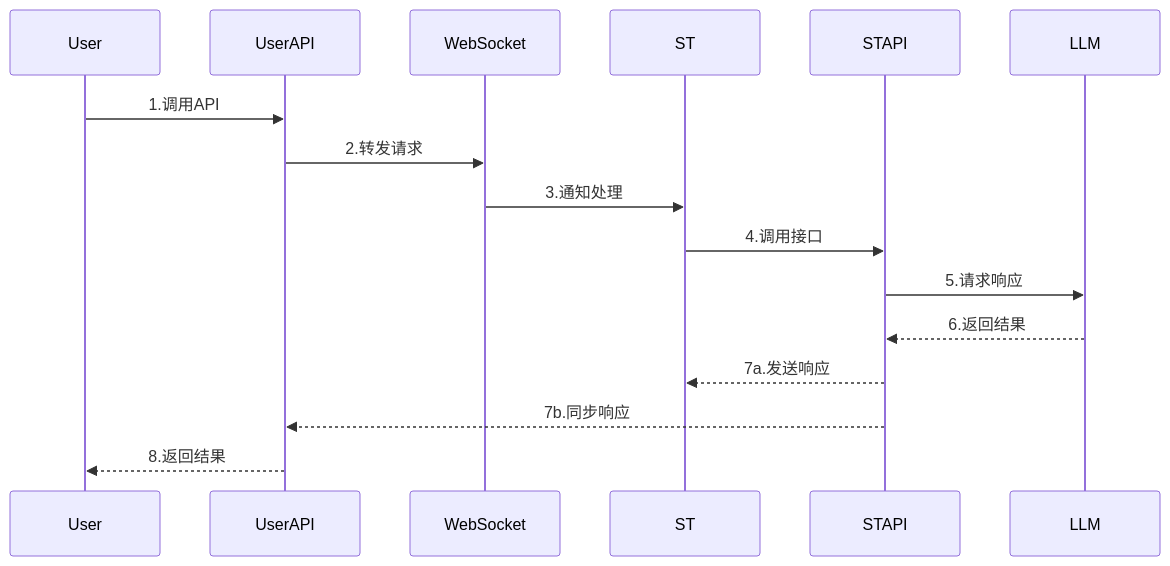
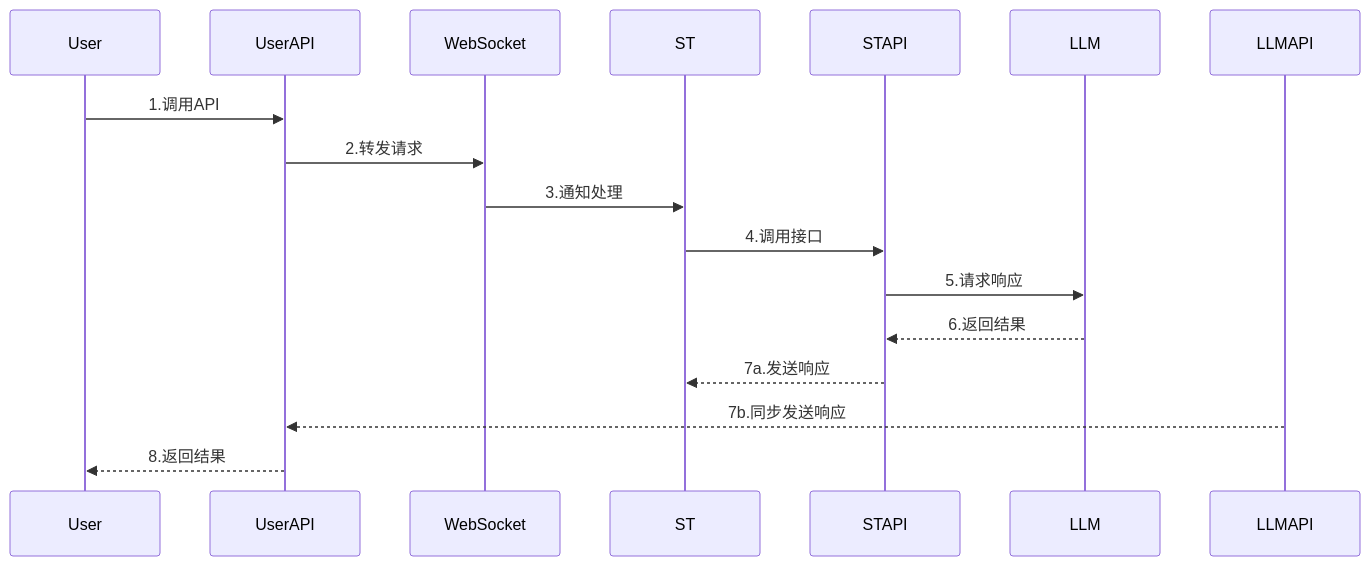
The diagram in README.md (nyongrand/SillyTavern-WhatsApp), drawn with Mermaid before and after one commit. The commit also changed other lines of this file and 6 other files, not shown here.

````diff
--- a/README.md
+++ b/README.md
@@ -87,12 +87,12 @@
 ```mermaid
 sequenceDiagram
     User->>UserAPI: 1.调用API
     UserAPI->>WebSocket: 2.转发请求
     WebSocket->>ST: 3.通知处理
     ST->>STAPI: 4.调用接口
     STAPI->>LLM: 5.请求响应
     LLM-->>STAPI: 6.返回结果
     STAPI-->>ST: 7a.发送响应
-    STAPI-->>UserAPI: 7b.同步响应
+    LLMAPI-->>UserAPI: 7b.同步发送响应
     UserAPI-->>User: 8.返回结果
 ```
````
